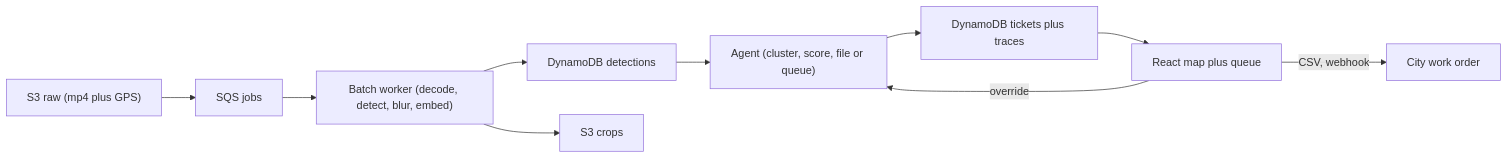
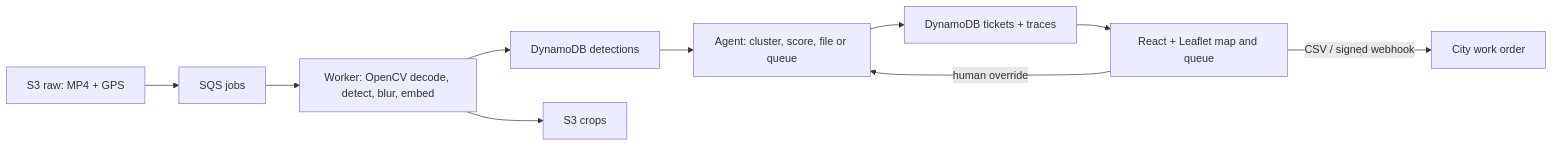
One commit to Divyanshu-kumar14/CivicLens changed the diagram in README.md. Above: the diagram before and after it, drawn with Mermaid. The commit also changed other lines of this file and 2 other files, not shown here.

Commit message:
docs(readme): rewrite for the OpenCV AI Competition submission

````diff
--- a/README.md
+++ b/README.md
@@ -104,12 +107,12 @@
 ```mermaid
 flowchart LR
-    V["S3 raw (mp4 plus GPS)"] --> Q["SQS jobs"]
-    Q --> W["Batch worker (decode, detect, blur, embed)"]
+    V["S3 raw: MP4 + GPS"] --> Q["SQS jobs"]
+    Q --> W["Worker: OpenCV decode, detect, blur, embed"]
     W --> D["DynamoDB detections"]
     W --> C["S3 crops"]
-    D --> A["Agent (cluster, score, file or queue)"]
-    A --> T["DynamoDB tickets plus traces"]
-    T --> UI["React map plus queue"]
-    UI -->|"CSV, webhook"| CITY["City work order"]
-    UI -->|"override"| A
+    D --> A["Agent: cluster, score, file or queue"]
+    A --> T["DynamoDB tickets + traces"]
+    T --> UI["React + Leaflet map and queue"]
+    UI -->|"CSV / signed webhook"| CITY["City work order"]
+    UI -->|"human override"| A
 ```
````
